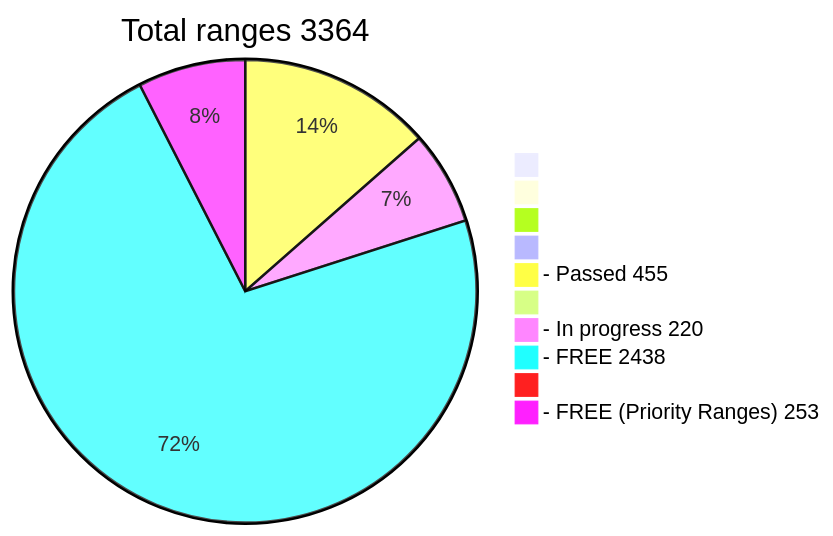
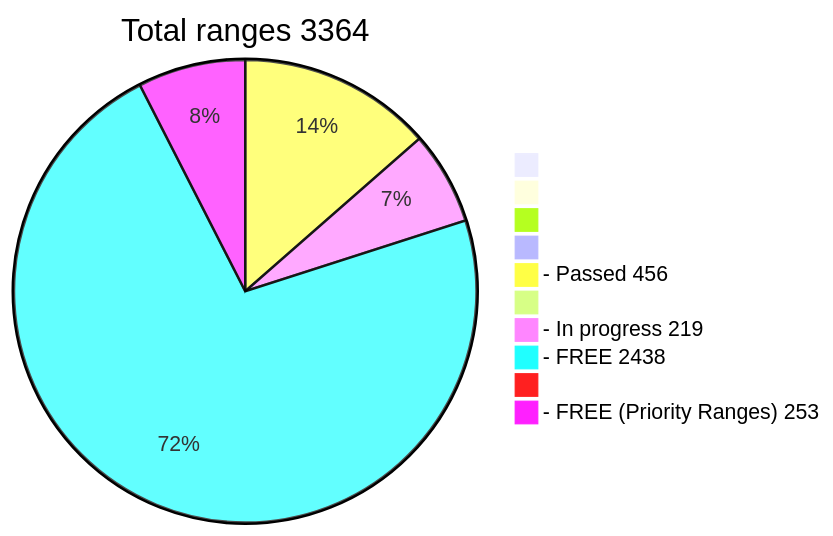
Before and after one commit to phrutis/wif500: the diagram in README.md, drawn with Mermaid.

````diff
--- a/README.md
+++ b/README.md
@@ -16,13 +16,13 @@
 ```mermaid
 pie title Total ranges 3364
              " " : 0
             "  " : 0
            "   " : 0
           "    " : 0
-  "- Passed 455" : 455
+  "- Passed 456" : 456
          "     " : 0
-  "- In progress 220" : 220
+  "- In progress 219" : 219
    "- FREE 2438" : 2438
         "      " : 0
   "- FREE (Priority Ranges) 253" : 253
 ```
````
